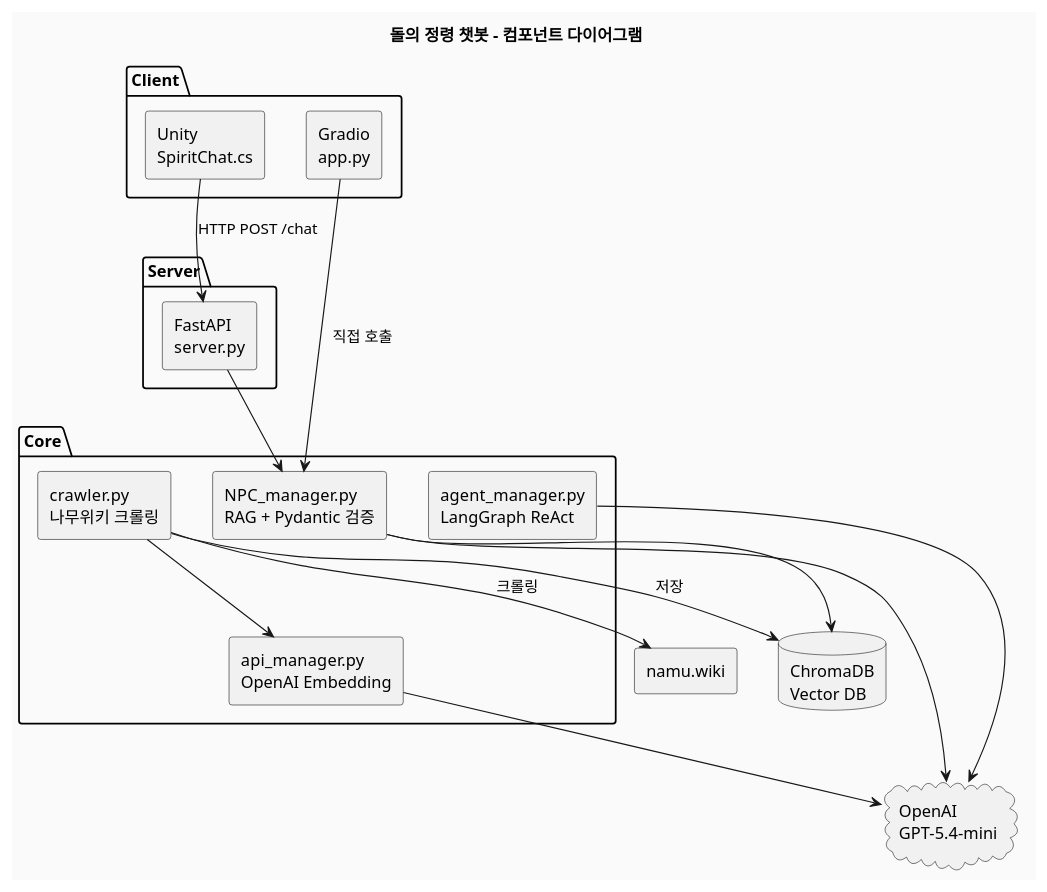
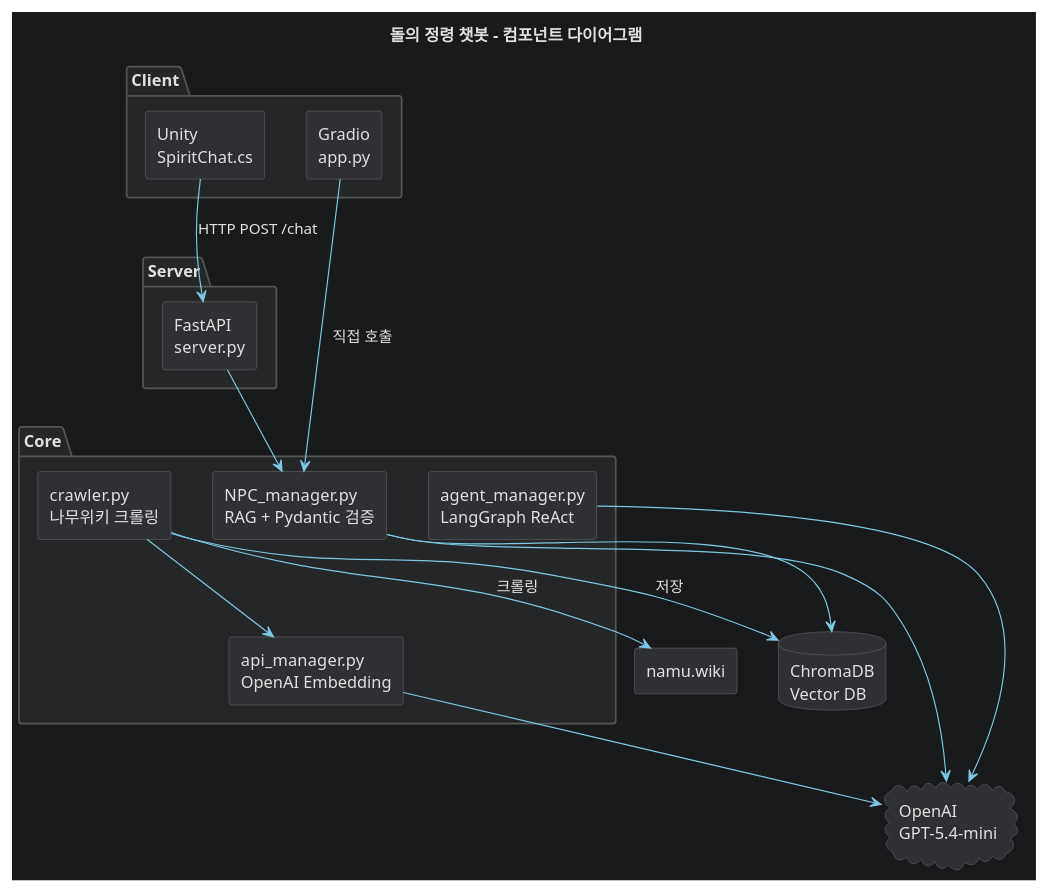
Before and after one commit to Hermeak1/KMS_sprit_prompt: the diagram in uml/component.puml, drawn with PlantUML. The commit also changed 3 other files, not shown here.

```diff
--- a/uml/component.puml
+++ b/uml/component.puml
@@ -1,41 +1,80 @@
 @startuml component
 
+skinparam monochrome false
 skinparam componentStyle rectangle
-skinparam backgroundColor #FAFAFA
-skinparam defaultFontName Arial
+skinparam backgroundColor #191A1C
+skinparam defaultFontName "Malgun Gothic"
+
+skinparam defaultFontColor #E0E0E0
+skinparam arrowColor #7EC8E3
+skinparam arrowFontColor #E0E0E0
+
+skinparam package {
+    BackgroundColor #252628
+    BorderColor #555555
+    FontColor #E0E0E0
+}
+
+skinparam component {
+    BackgroundColor #2E3033
+    BorderColor #666666
+    FontColor #E0E0E0
+}
+
+skinparam database {
+    BackgroundColor #2E3033
+    BorderColor #666666
+    FontColor #E0E0E0
+}
+
+skinparam cloud {
+    BackgroundColor #2E3033
+    BorderColor #666666
+    FontColor #E0E0E0
+}
+
+skinparam rectangle {
+    BackgroundColor #2E3033
+    BorderColor #666666
+    FontColor #E0E0E0
+}
+
+skinparam title {
+    FontColor #E0E0E0
+}
 
 title 돌의 정령 챗봇 - 컴포넌트 다이어그램
 
 package "Client" {
     [Unity\nSpiritChat.cs] as Unity
     [Gradio\napp.py] as Gradio
 }
 
 package "Server" {
     [FastAPI\nserver.py] as ApiServer
 }
 
 package "Core" {
     [NPC_manager.py\nRAG + Pydantic 검증] as NPC
     [agent_manager.py\nLangGraph ReAct] as Agent
     [crawler.py\n나무위키 크롤링] as Crawler
     [api_manager.py\nOpenAI Embedding] as API
 }
 
 database "ChromaDB\nVector DB" as DB
 cloud "OpenAI\nGPT-5.4-mini" as GPT
 [namu.wiki] as Wiki
 
 Unity  -->  ApiServer : HTTP POST /chat
 Gradio -->  NPC       : 직접 호출
 ApiServer -->  NPC
 
 NPC    -->  DB
 NPC    -->  GPT
 Agent  -->  GPT
 Crawler --> Wiki   : 크롤링
 Crawler --> DB     : 저장
 Crawler --> API
 API    --> GPT
 
 @enduml
```
